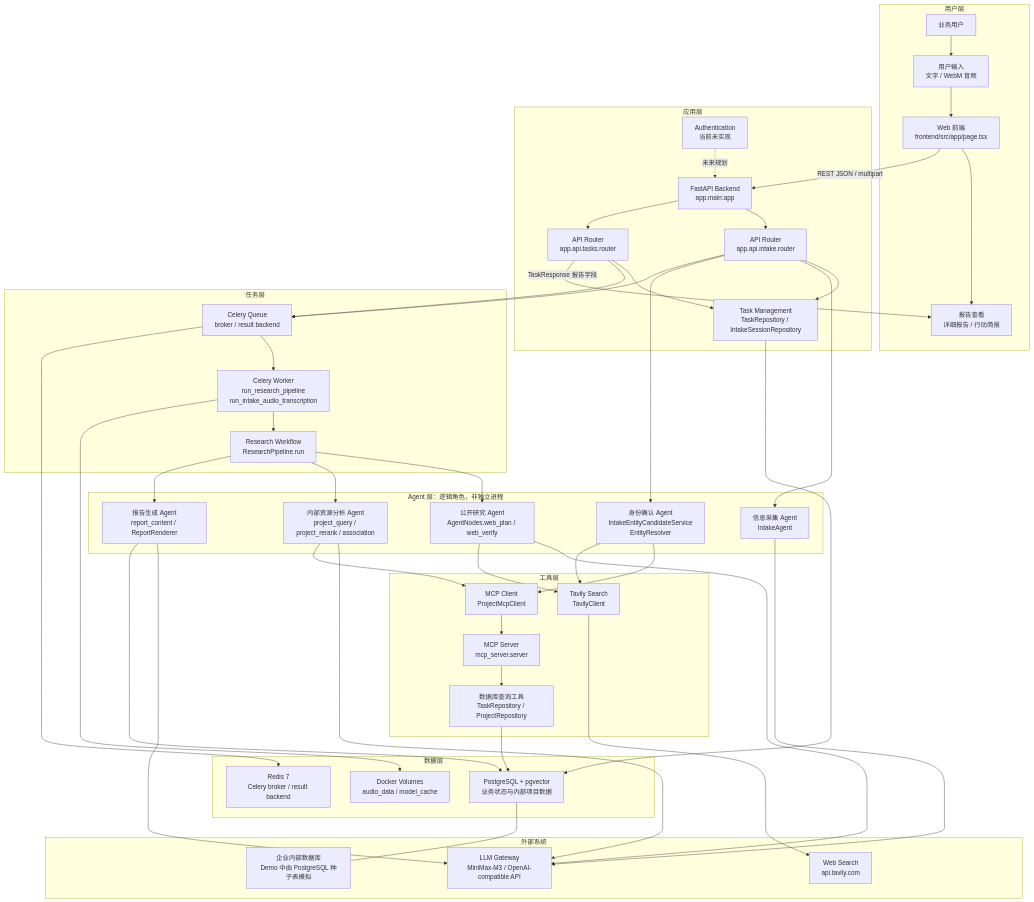
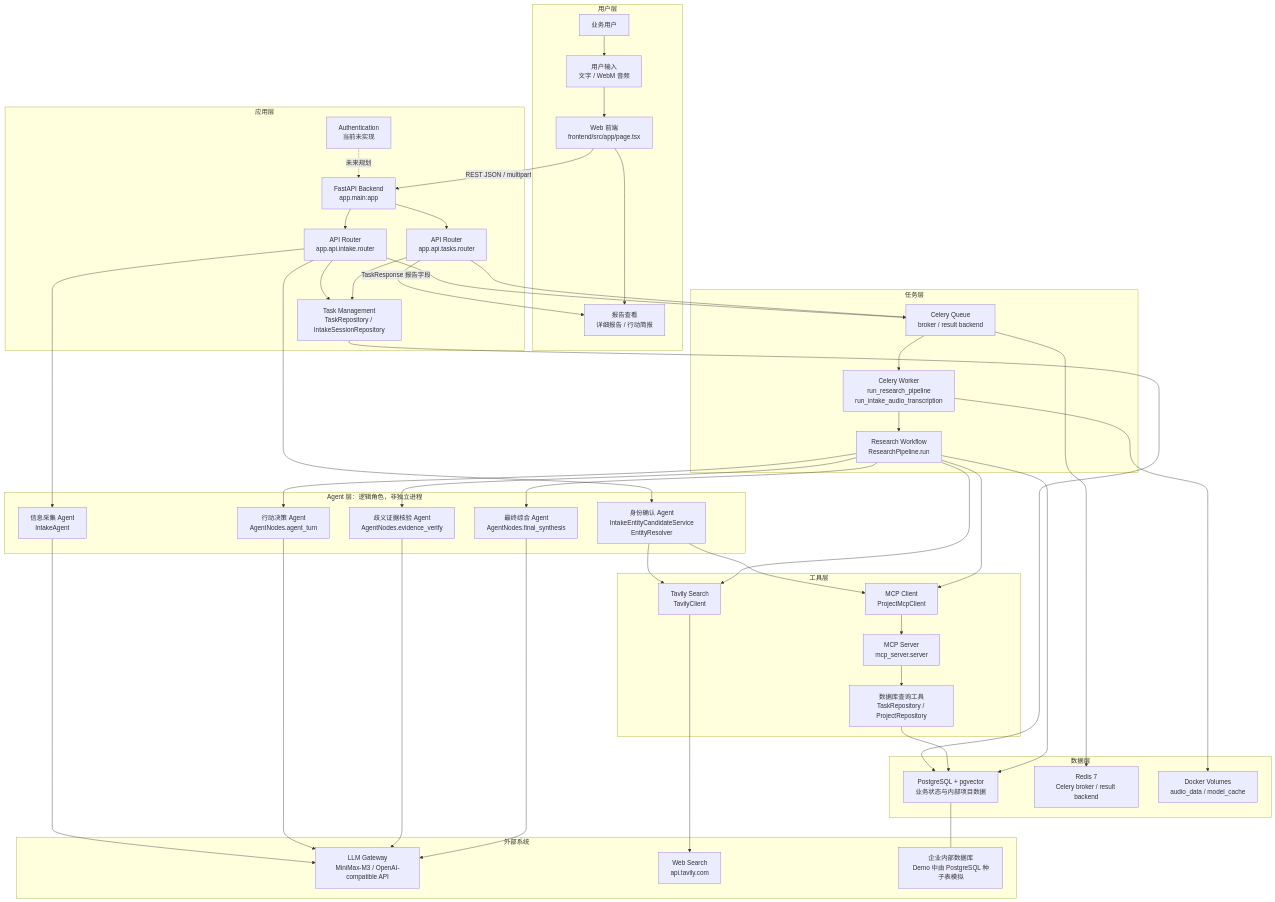
The first of 8 diagrams in README.md (41423577arc-lab/RA), drawn with Mermaid before and after one commit. The commit also changed other lines of this file and 2 other files, not shown here.

First line of the commit message:
修复：保持 ResearchPipeline 构造兼容并更新 Agent Loop 文档

````diff
--- a/README.md
+++ b/README.md
@@ -91,9 +91,9 @@
     subgraph G["Agent 层：逻辑角色，非独立进程"]
         IntakeAgent["信息采集 Agent<br/>IntakeAgent"]
         IdentityAgent["身份确认 Agent<br/>IntakeEntityCandidateService<br/>EntityResolver"]
-        PublicAgent["公开研究 Agent<br/>AgentNodes.web_plan / web_verify"]
-        ResourceAgent["内部资源分析 Agent<br/>project_query / project_rerank / association"]
-        ReportAgent["报告生成 Agent<br/>report_content / ReportRenderer"]
+        TurnAgent["行动决策 Agent<br/>AgentNodes.agent_turn"]
+        EvidenceAgent["歧义证据核验 Agent<br/>AgentNodes.evidence_verify"]
+        FinalAgent["最终综合 Agent<br/>AgentNodes.final_synthesis"]
     end
 
     subgraph T["工具层"]
@@ -124,22 +124,22 @@
     TaskRouter --> Queue
     Queue --> Redis
 
-    ResearchWorkflow --> PublicAgent
-    ResearchWorkflow --> ResourceAgent
-    ResearchWorkflow --> ReportAgent
+    ResearchWorkflow --> TurnAgent
+    ResearchWorkflow --> EvidenceAgent
+    ResearchWorkflow --> FinalAgent
     IntakeAgent --> LLMGateway
-    PublicAgent --> LLMGateway
-    ResourceAgent --> LLMGateway
-    ReportAgent --> LLMGateway
+    TurnAgent --> LLMGateway
+    EvidenceAgent --> LLMGateway
+    FinalAgent --> LLMGateway
 
     IdentityAgent --> MCPClient
     IdentityAgent --> TavilyClient
-    PublicAgent --> TavilyClient
-    ResourceAgent --> MCPClient
+    ResearchWorkflow --> TavilyClient
+    ResearchWorkflow --> MCPClient
     TavilyClient --> WebSearch
     DBTools --> PostgreSQL
     PostgreSQL --- EnterpriseDB
     CeleryWorker --> FileStore
-    ReportAgent --> PostgreSQL
+    ResearchWorkflow --> PostgreSQL
     TaskRouter -->|"TaskResponse 报告字段"| ReportView
 ```
````
